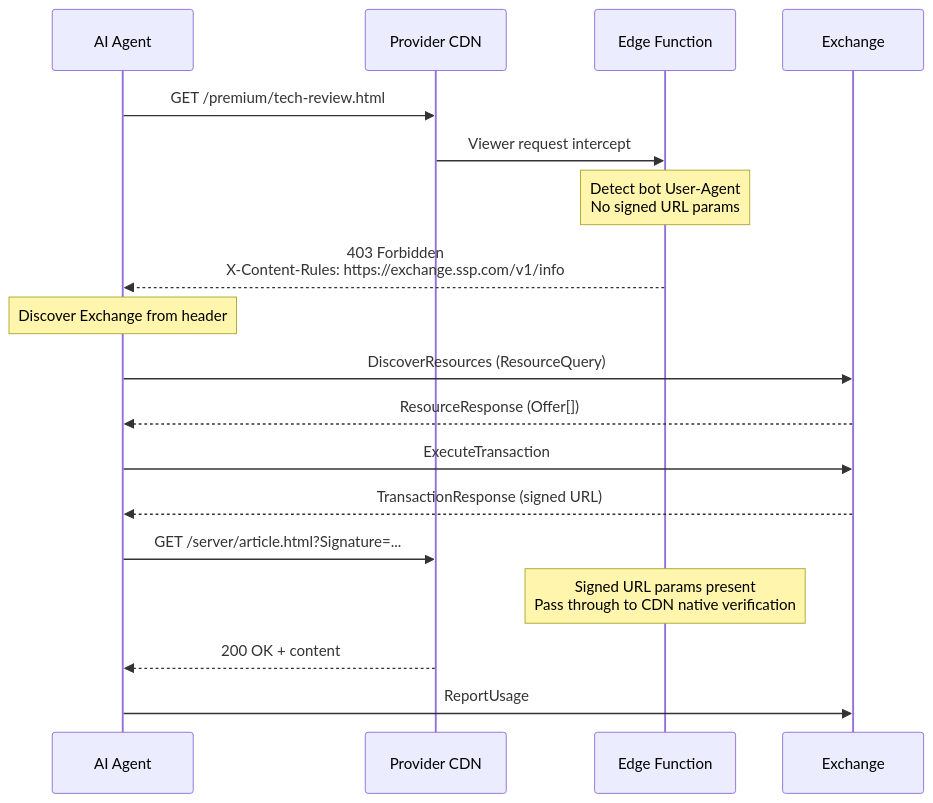
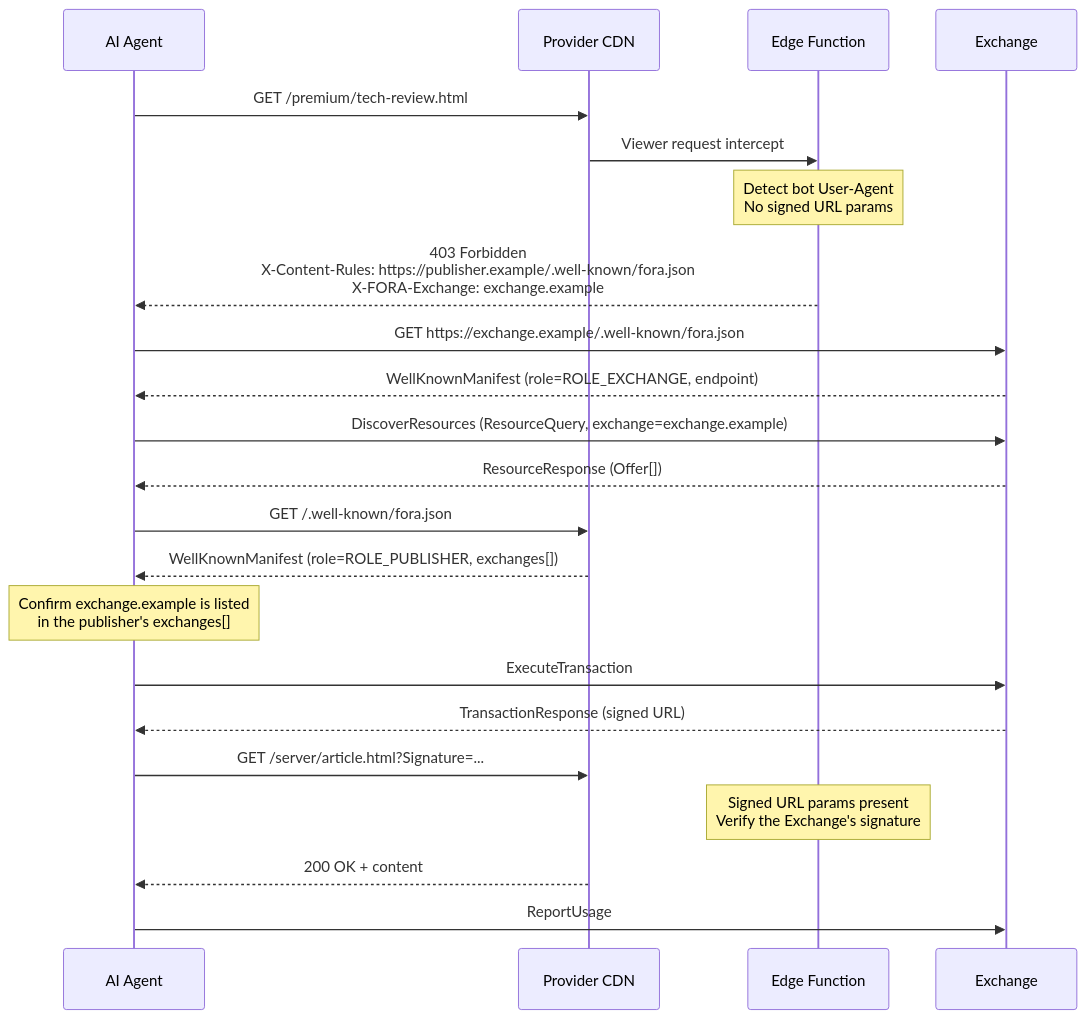
The third of 6 diagrams in website/src/content/docs/protocol/discovery-paths.mdx (FORA-Protocol/protocol), drawn with Mermaid before and after one commit. The commit also changed other lines of this file and 16 other files, not shown here.

````diff
--- a/website/src/content/docs/protocol/discovery-paths.mdx
+++ b/website/src/content/docs/protocol/discovery-paths.mdx
@@ -118,30 +118,36 @@
 ```mermaid
 sequenceDiagram
     participant Agent as AI Agent
     participant CDN as Provider CDN
     participant EF as Edge Function
     participant MP as Exchange
 
     Agent->>CDN: GET /premium/tech-review.html
     CDN->>EF: Viewer request intercept
 
     Note over EF: Detect bot User-Agent<br/>No signed URL params
 
-    EF-->>Agent: 403 Forbidden<br/>X-Content-Rules: https://exchange.ssp.com/v1/info
+    EF-->>Agent: 403 Forbidden<br/>X-Content-Rules: https://publisher.example/.well-known/fora.json<br/>X-FORA-Exchange: exchange.example
 
-    Note over Agent: Discover Exchange from header
+    Agent->>MP: GET https://exchange.example/.well-known/fora.json
+    MP-->>Agent: WellKnownManifest (role=ROLE_EXCHANGE, endpoint)
 
-    Agent->>MP: DiscoverResources (ResourceQuery)
+    Agent->>MP: DiscoverResources (ResourceQuery, exchange=exchange.example)
     MP-->>Agent: ResourceResponse (Offer[])
+
+    Agent->>CDN: GET /.well-known/fora.json
+    CDN-->>Agent: WellKnownManifest (role=ROLE_PUBLISHER, exchanges[])
+
+    Note over Agent: Confirm exchange.example is listed<br/>in the publisher's exchanges[]
 
     Agent->>MP: ExecuteTransaction
     MP-->>Agent: TransactionResponse (signed URL)
 
     Agent->>CDN: GET /server/article.html?Signature=...
 
-    Note over EF: Signed URL params present<br/>Pass through to CDN native verification
+    Note over EF: Signed URL params present<br/>Verify the Exchange's signature
 
     CDN-->>Agent: 200 OK + content
 
     Agent->>MP: ReportUsage
 ```
````
